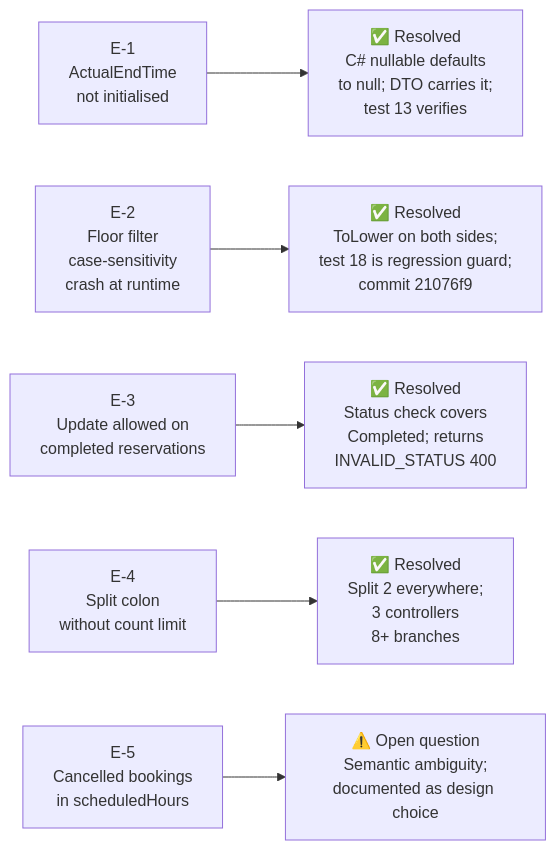
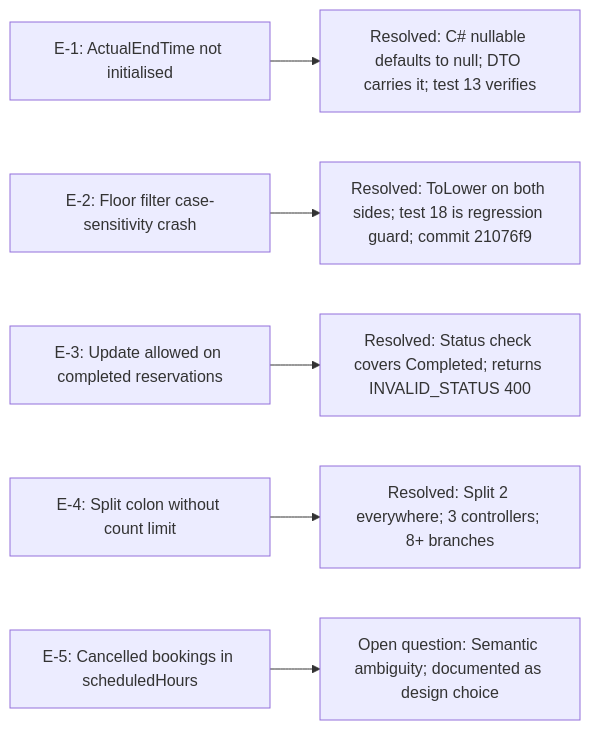
Diagram 13 of 14 in SUBMISSION_REPORT.md (Amith-Ganta/room-reservation-system), drawn with Mermaid before and after one commit. The commit also changed other lines of this file and 1 other file, not shown here.

First line of the commit message:
fix: remove \n from all mermaid diagrams for GitHub rendering

````diff
--- a/SUBMISSION_REPORT.md
+++ b/SUBMISSION_REPORT.md
@@ -874,8 +878,8 @@
 ```mermaid
 flowchart LR
-    E1["E-1\nActualEndTime\nnot initialised"] --> F1["✅ Resolved\nC# nullable defaults\nto null; DTO carries it;\ntest 13 verifies"]
-    E2["E-2\nFloor filter\ncase-sensitivity\ncrash at runtime"] --> F2["✅ Resolved\nToLower on both sides;\ntest 18 is regression guard;\ncommit 21076f9"]
-    E3["E-3\nUpdate allowed on\ncompleted reservations"] --> F3["✅ Resolved\nStatus check covers\nCompleted; returns\nINVALID_STATUS 400"]
-    E4["E-4\nSplit colon\nwithout count limit"] --> F4["✅ Resolved\nSplit 2 everywhere;\n3 controllers\n8+ branches"]
-    E5["E-5\nCancelled bookings\nin scheduledHours"] --> F5["⚠️ Open question\nSemantic ambiguity;\ndocumented as design choice"]
+    E1["E-1: ActualEndTime not initialised"] --> F1["Resolved: C# nullable defaults to null; DTO carries it; test 13 verifies"]
+    E2["E-2: Floor filter case-sensitivity crash"] --> F2["Resolved: ToLower on both sides; test 18 is regression guard; commit 21076f9"]
+    E3["E-3: Update allowed on completed reservations"] --> F3["Resolved: Status check covers Completed; returns INVALID_STATUS 400"]
+    E4["E-4: Split colon without count limit"] --> F4["Resolved: Split 2 everywhere; 3 controllers; 8+ branches"]
+    E5["E-5: Cancelled bookings in scheduledHours"] --> F5["Open question: Semantic ambiguity; documented as design choice"]
 ```
````
